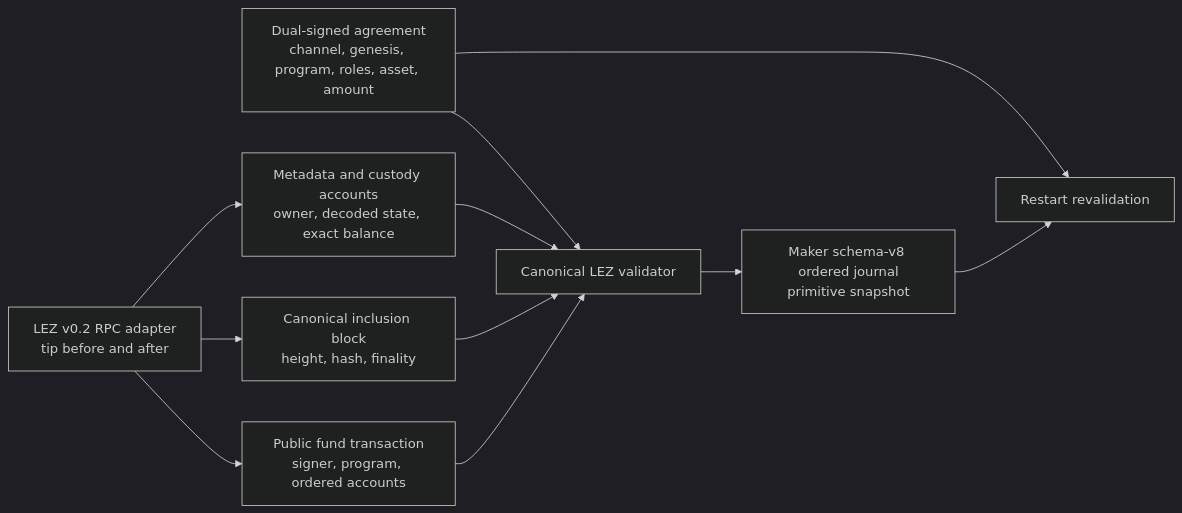
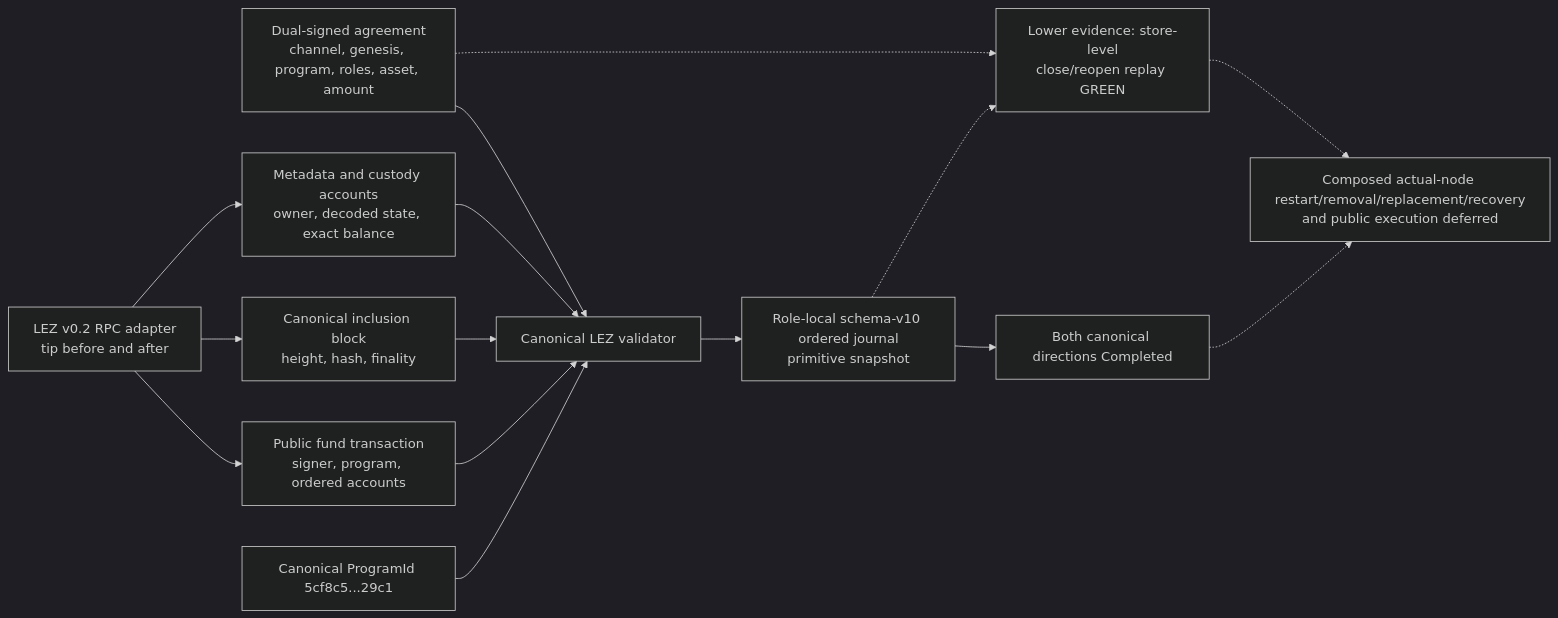
Before and after one commit to gateway-fm/lez-atomic-swaps: the diagram in docs/architecture/0019-canonical-lez-observation.md, drawn with Mermaid (dark theme). The commit also changed other lines of this file and 12 other files, not shown here.

Commit message:
docs: reconcile M2 architecture with canonical evidence

````diff
--- a/docs/architecture/0019-canonical-lez-observation.md
+++ b/docs/architecture/0019-canonical-lez-observation.md
@@ -6,22 +5,29 @@
 ```mermaid
 flowchart LR
     Agreement["Dual-signed agreement<br/>channel, genesis, program, roles, asset, amount"]
     RPC["LEZ v0.2 RPC adapter<br/>tip before and after"]
     Tx["Public fund transaction<br/>signer, program, ordered accounts"]
     Block["Canonical inclusion block<br/>height, hash, finality"]
     Accounts["Metadata and custody accounts<br/>owner, decoded state, exact balance"]
     Validator["Canonical LEZ validator"]
-    Journal["Maker schema-v8 ordered journal<br/>primitive snapshot"]
-    Replay["Restart revalidation"]
+    Journal["Role-local schema-v10 ordered journal<br/>primitive snapshot"]
+    Replay["Lower evidence: store-level<br/>close/reopen replay GREEN"]
+    CanonicalProgram["Canonical ProgramId 5cf8c5...29c1"]
+    Completed["Both canonical directions Completed"]
+    Deferred["Composed actual-node restart/removal/replacement/recovery<br/>and public execution deferred"]
 
     Agreement --> Validator
     RPC --> Tx
     RPC --> Block
     RPC --> Accounts
     Tx --> Validator
     Block --> Validator
     Accounts --> Validator
     Validator --> Journal
-    Journal --> Replay
-    Agreement --> Replay
+    Journal --> Completed
+    Journal -.-> Replay
+    Agreement -.-> Replay
+    CanonicalProgram --> Validator
+    Replay -.-> Deferred
+    Completed -.-> Deferred
 ```
````
